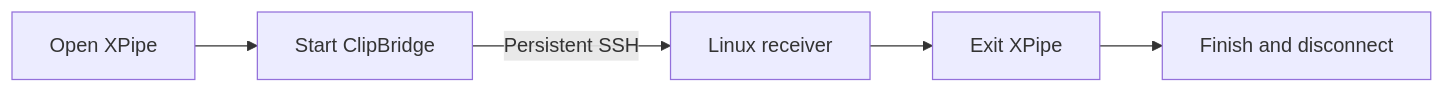
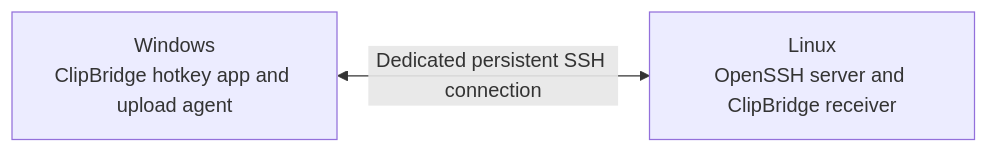
Before and after one commit to NewbieToEverything/clip-win-linux: the first of 2 diagrams in README.md, drawn with Mermaid. The commit also changed other lines of this file and 1 other file, not shown here.

Commit message:
Show ClipBridge components and their SSH connection

````diff
--- a/README.md
+++ b/README.md
@@ -15,7 +13,6 @@
 ```mermaid
 flowchart LR
-    A["Open XPipe"] --> B["Start ClipBridge"]
-    B -->|"Persistent SSH"| C["Linux receiver"]
-    C --> D["Exit XPipe"]
-    D --> E["Finish and disconnect"]
+    W["Windows<br/>ClipBridge hotkey app and upload agent"]
+    L["Linux<br/>OpenSSH server and ClipBridge receiver"]
+    W <-->|"Dedicated persistent SSH connection"| L
 ```
````
